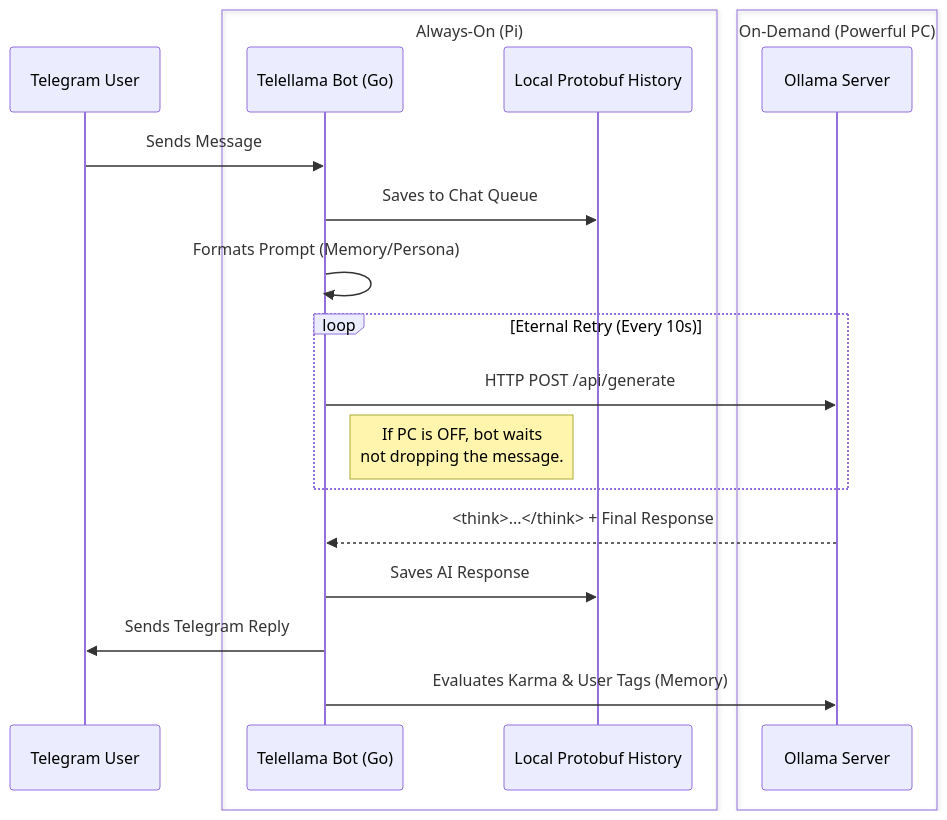
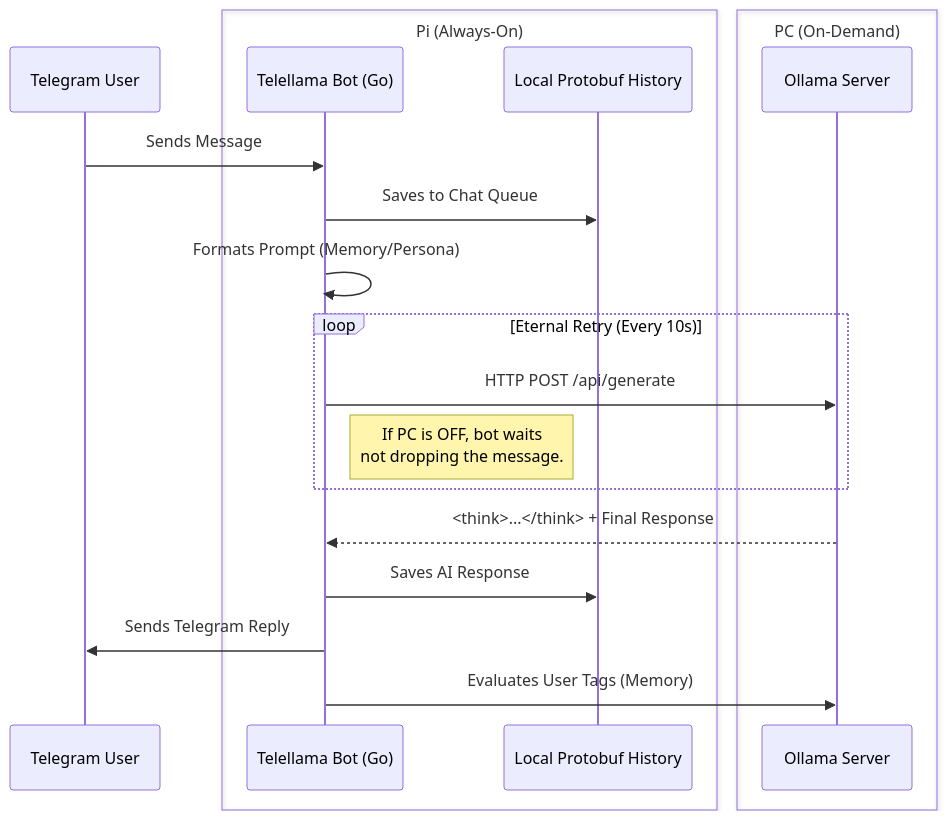
The diagram in README.md (vadimfedulov101/tg-llm-multibot), drawn with Mermaid before and after one commit. The commit also changed other lines of this file, not shown here.

````diff
--- a/README.md
+++ b/README.md
@@ -16,23 +16,23 @@
 ```mermaid
 sequenceDiagram
     participant U as Telegram User
-    box Always-On (Pi)
+    box Pi (Always-On)
         participant B as Telellama Bot (Go)
         participant Q as Local Protobuf History
     end
-    box On-Demand (Powerful PC)
+    box PC (On-Demand)
         participant O as Ollama Server
     end
 
     U->>B: Sends Message
     B->>Q: Saves to Chat Queue
     B->>B: Formats Prompt (Memory/Persona)
     loop Eternal Retry (Every 10s)
         B->>O: HTTP POST /api/generate
         note right of B: If PC is OFF, bot waits<br/>not dropping the message.
     end
     O-->>B: <think>...</think> + Final Response
     B->>Q: Saves AI Response
     B->>U: Sends Telegram Reply
-    B->>O: Evaluates Karma & User Tags (Memory)
+    B->>O: Evaluates User Tags (Memory)
 ```
````
